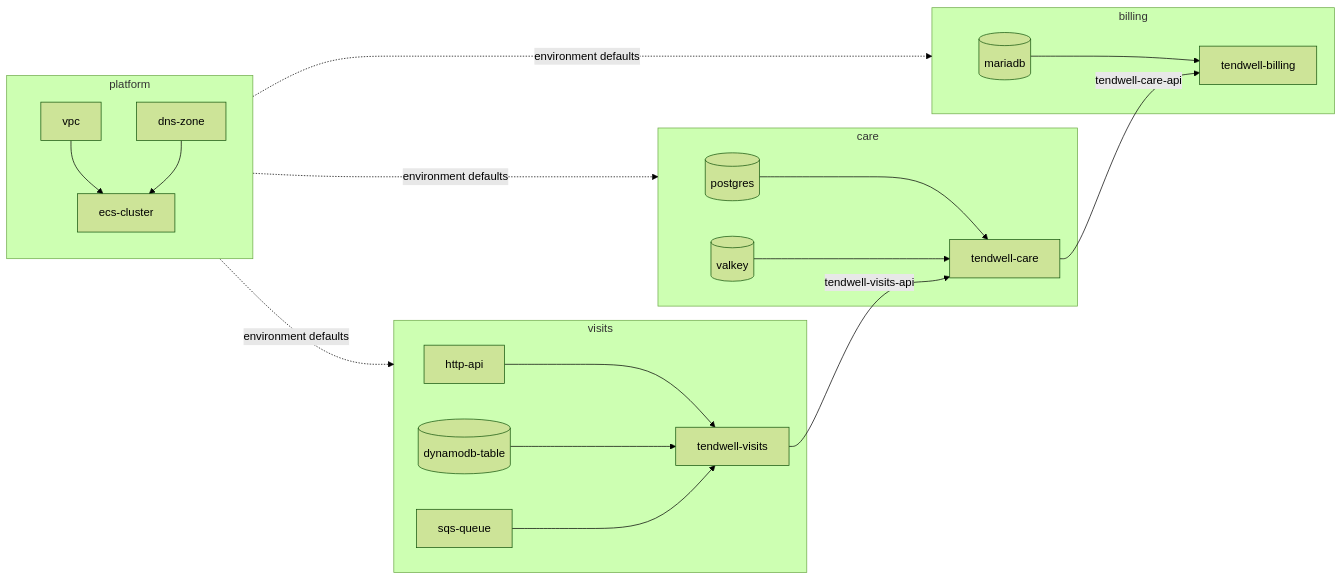
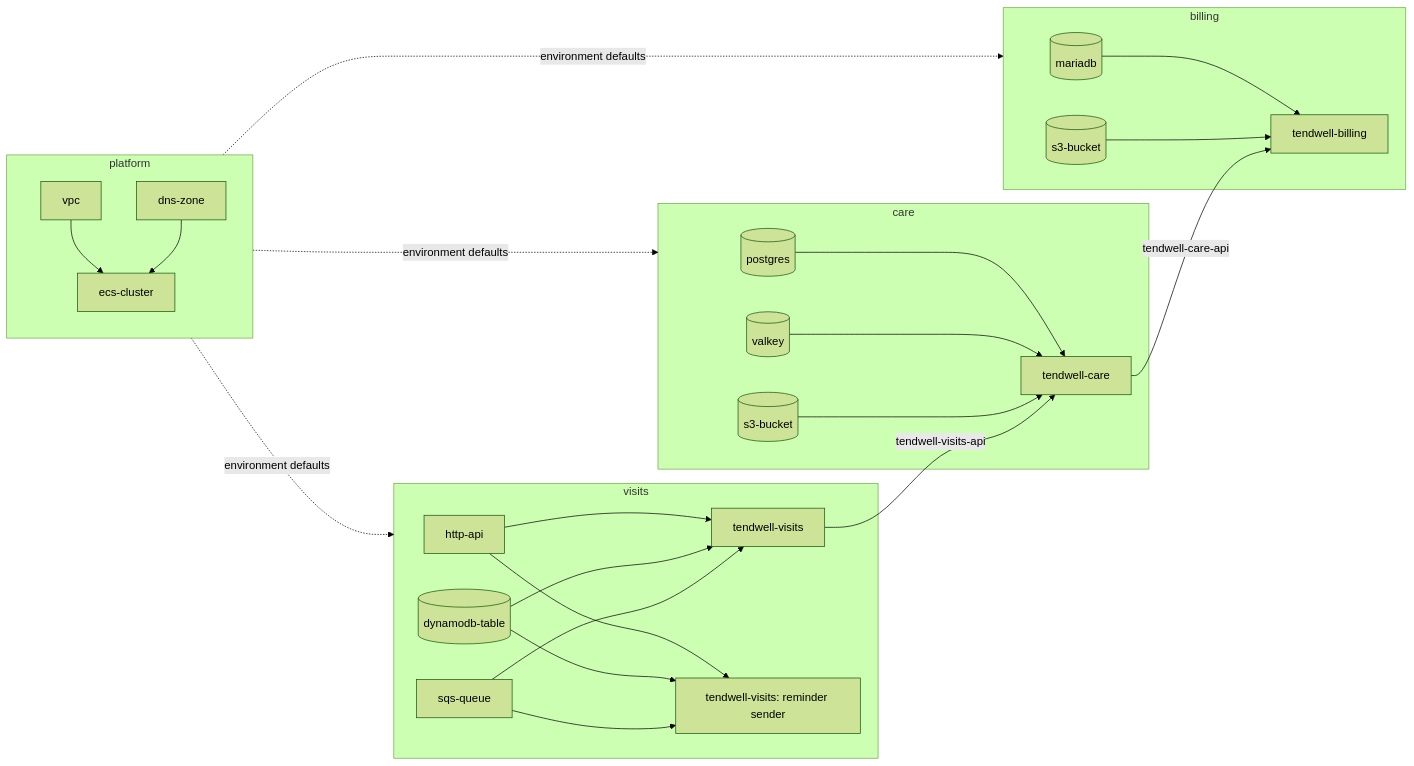
Before and after one commit to massdriver-catalogs/aws: the diagram in examples/telehealth/README.md, drawn with Mermaid (forest theme). The commit also changed other lines of this file and 68 other files, not shown here.

````diff
--- a/examples/telehealth/README.md
+++ b/examples/telehealth/README.md
@@ -19,24 +19,29 @@
 ```mermaid
 flowchart LR
   subgraph platform
     network[vpc] --> cluster[ecs-cluster]
     dns[dns-zone] --> cluster
   end
   subgraph visits
     api[http-api] --> vapp[tendwell-visits]
     slots[(dynamodb-table)] --> vapp
     q[sqs-queue] --> vapp
+    api --> sender[tendwell-visits: reminder sender]
+    slots --> sender
+    q --> sender
   end
   subgraph care
     pg[(postgres)] --> capp[tendwell-care]
     vk[(valkey)] --> capp
+    docs[(s3-bucket)] --> capp
   end
   subgraph billing
     db[(mariadb)] --> bapp[tendwell-billing]
+    claims[(s3-bucket)] --> bapp
   end
   vapp -- tendwell-visits-api --> capp
   capp -- tendwell-care-api --> bapp
   platform -. environment defaults .-> visits
   platform -. environment defaults .-> care
   platform -. environment defaults .-> billing
 ```
````
